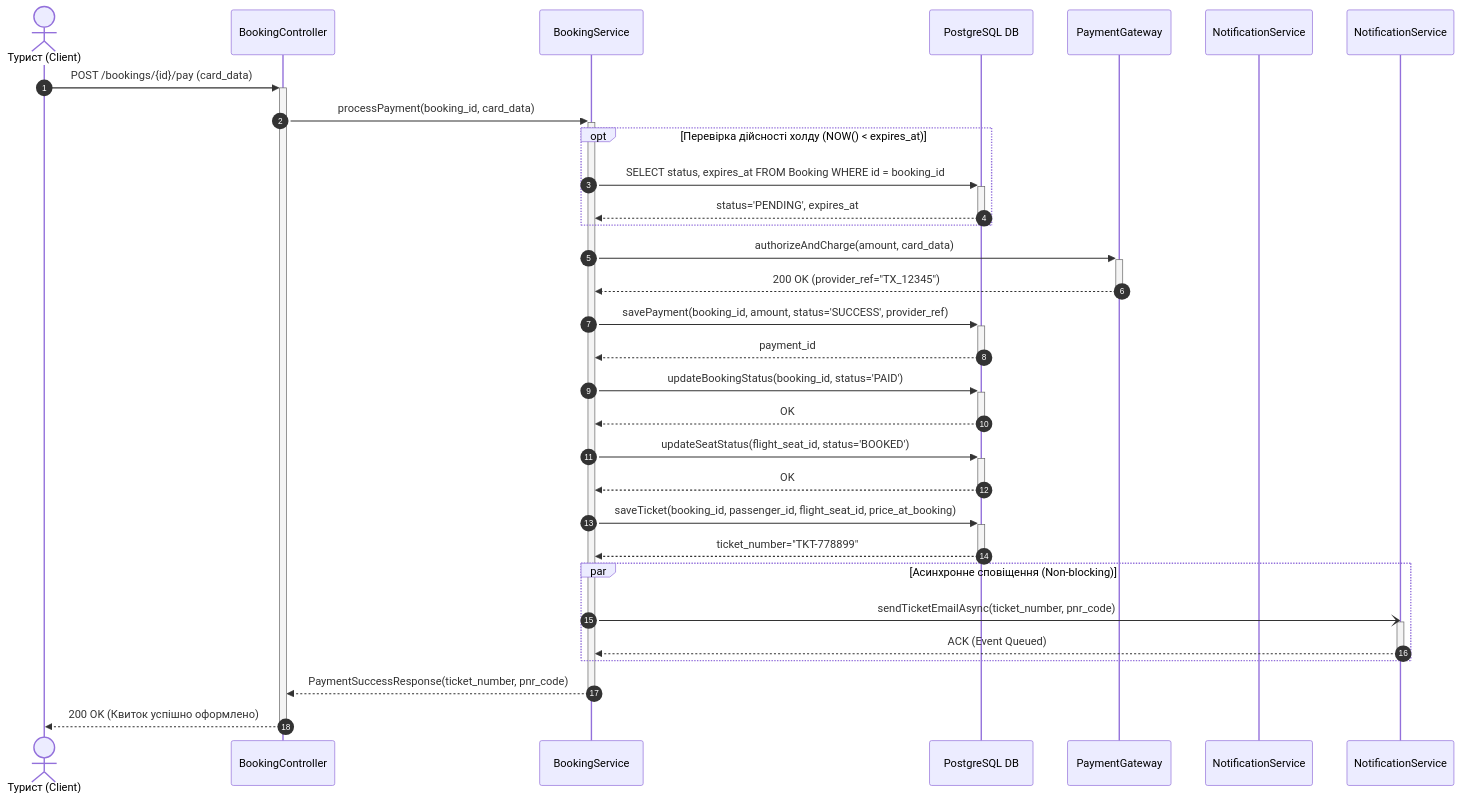
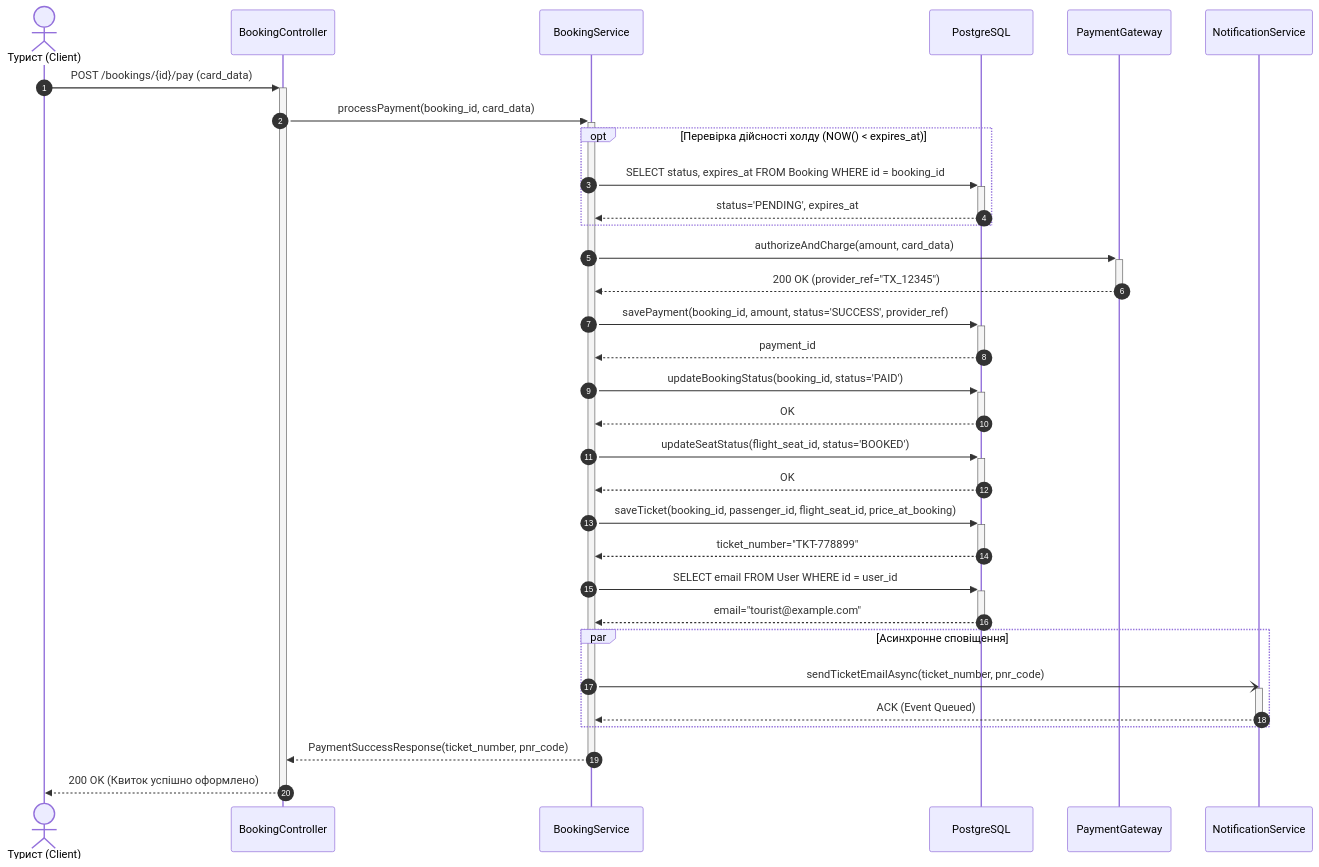
Before and after one commit to MVlance/kpi2_laba: the fourth of 6 diagrams in README.md, drawn with Mermaid. The commit also changed other lines of this file and 2 other files, not shown here.

Commit message:
feat(sequence-diagram): align sequence diagram with ERD by obtaining user email from DB. add spec.md and adr 0003.

````diff
--- a/README.md
+++ b/README.md
@@ -214,43 +214,46 @@
 ```mermaid
 sequenceDiagram
     autonumber
     actor Tourist as Турист (Client)
     participant API as BookingController
     participant Service as BookingService
-    participant DB as PostgreSQL DB
+    participant DB as PostgreSQL
     participant PG as PaymentGateway
     participant Email as NotificationService
 
     Tourist->>+API: POST /bookings/{id}/pay (card_data)
     API->>+Service: processPayment(booking_id, card_data)
     
     opt Перевірка дійсності холду (NOW() < expires_at)
         Service->>+DB: SELECT status, expires_at FROM Booking WHERE id = booking_id
         DB-->>-Service: status='PENDING', expires_at
     end
 
     Service->>+PG: authorizeAndCharge(amount, card_data)
     PG-->>-Service: 200 OK (provider_ref="TX_12345")
 
     Service->>+DB: savePayment(booking_id, amount, status='SUCCESS', provider_ref)
     DB-->>-Service: payment_id
 
     Service->>+DB: updateBookingStatus(booking_id, status='PAID')
     DB-->>-Service: OK
 
     Service->>+DB: updateSeatStatus(flight_seat_id, status='BOOKED')
     DB-->>-Service: OK
 
     Service->>+DB: saveTicket(booking_id, passenger_id, flight_seat_id, price_at_booking)
     DB-->>-Service: ticket_number="TKT-778899"
 
-    par Асинхронне сповіщення (Non-blocking)
-        Service-)NotificationService: sendTicketEmailAsync(ticket_number, pnr_code)
-        activate NotificationService
-        NotificationService-->>Service: ACK (Event Queued)
-        deactivate NotificationService
+    Service->>+DB: SELECT email FROM User WHERE id = user_id
+    DB-->>-Service: email="tourist@example.com"
+    
+    par Асинхронне сповіщення
+        Service-)Email: sendTicketEmailAsync(ticket_number, pnr_code)
+        activate Email
+        Email-->>Service: ACK (Event Queued)
+        deactivate Email
     end
 
     Service-->>-API: PaymentSuccessResponse(ticket_number, pnr_code)
     API-->>-Tourist: 200 OK (Квиток успішно оформлено)
 ```
````
